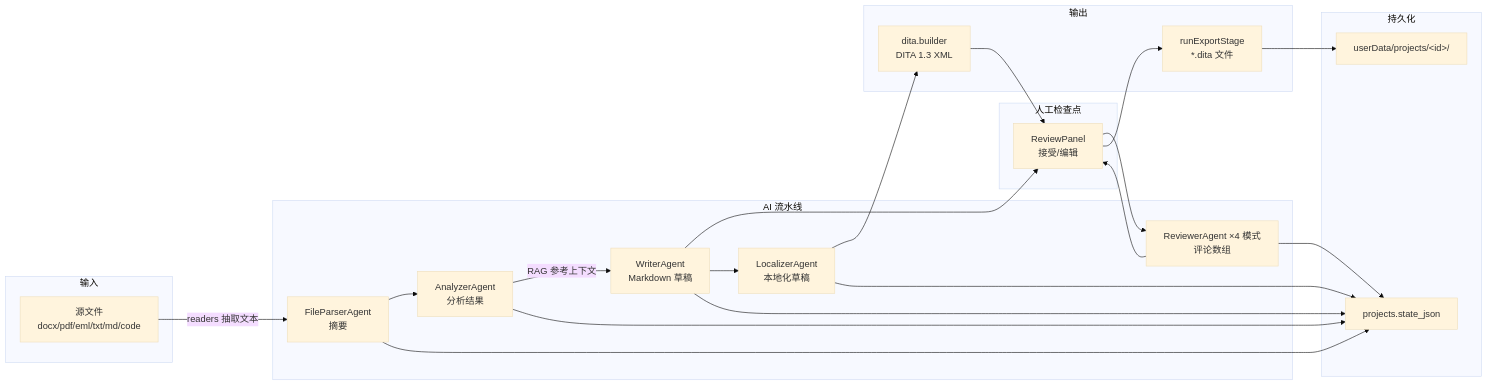
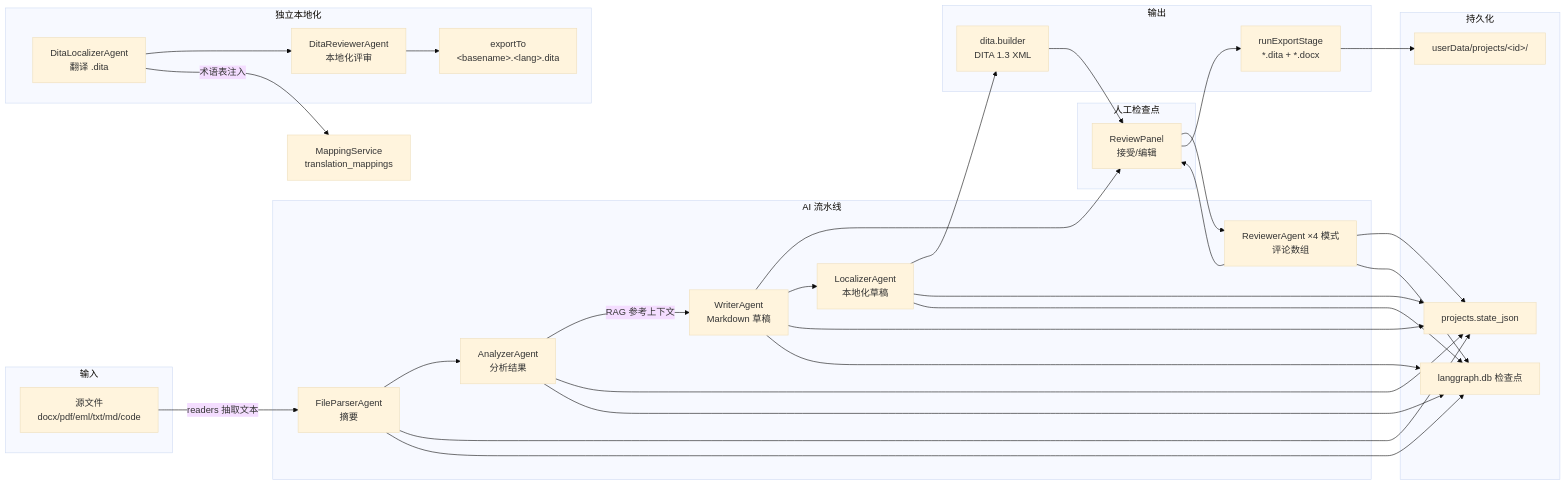
Before and after one commit to lazyloadbox/smart-tech-writter: the fifth of 5 diagrams in docs/architecture/02-architecture.md, drawn with Mermaid (base theme). The commit also changed other lines of this file and 101 other files, not shown here.

````diff
--- a/docs/architecture/02-architecture.md
+++ b/docs/architecture/02-architecture.md
@@ -184,33 +219,42 @@
 ```mermaid
 flowchart LR
     subgraph IN["输入"]
         A["源文件<br/>docx/pdf/eml/txt/md/code"]
     end
     subgraph AI["AI 流水线"]
         B["FileParserAgent<br/>摘要"]
         C["AnalyzerAgent<br/>分析结果"]
         D["WriterAgent<br/>Markdown 草稿"]
         E["ReviewerAgent ×4 模式<br/>评论数组"]
         F["LocalizerAgent<br/>本地化草稿"]
     end
     subgraph HUMAN["人工检查点"]
         H["ReviewPanel<br/>接受/编辑"]
     end
     subgraph OUT["输出"]
         G["dita.builder<br/>DITA 1.3 XML"]
-        I["runExportStage<br/>*.dita 文件"]
+        I["runExportStage<br/>*.dita + *.docx"]
     end
     subgraph PERS["持久化"]
         J["projects.state_json"]
         K["userData/projects/&lt;id&gt;/"]
+        L["langgraph.db 检查点"]
+    end
+    subgraph LOC["独立本地化"]
+        M["DitaLocalizerAgent<br/>翻译 .dita"]
+        N["DitaReviewerAgent<br/>本地化评审"]
+        O["exportTo<br/>&lt;basename&gt;.&lt;lang&gt;.dita"]
     end
 
     A -->|"readers 抽取文本"| B
     B --> C
     C -->|"RAG 参考上下文"| D
     D --> H --> E --> H
     D --> F
     F --> G --> H --> I
     B & C & D & E & F --> J
     I --> K
+    B & C & D & E & F --> L
+    M --> N --> O
+    M -->|"术语表注入"| P["MappingService<br/>translation_mappings"]
 ```
````
